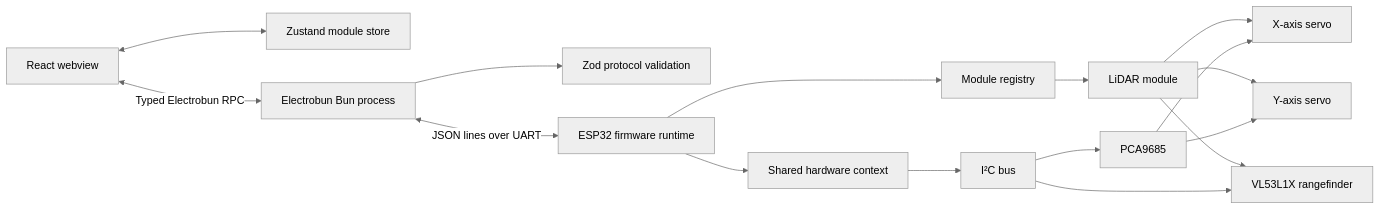
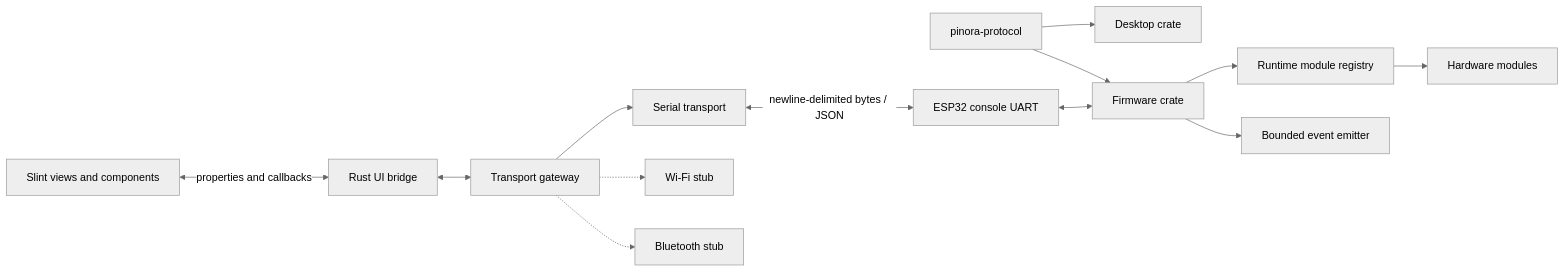
One commit to Adeun-Ilemobola/Pinora_Templat changed the diagram in README.md. Above: the diagram before and after it, drawn with Mermaid (neutral theme). The commit also changed other lines of this file and 142 other files, not shown here.

First line of the commit message:
feat(desktop): replace Electrobun UI with native Slint client

````diff
--- a/README.md
+++ b/README.md
@@ -58,19 +58,16 @@
 ```mermaid
 flowchart LR
-    UI["React webview"] <--> STATE["Zustand module store"]
-    UI <-->|"Typed Electrobun RPC"| BUN["Electrobun Bun process"]
-    BUN --> VALIDATE["Zod protocol validation"]
-    BUN <-->|"JSON lines over UART"| ESP["ESP32 firmware runtime"]
+    SLINT["Slint views and components"] <-->|"properties and callbacks"| BRIDGE["Rust UI bridge"]
+    BRIDGE <--> GATE["Transport gateway"]
+    GATE --> SERIAL["Serial transport"]
+    GATE -.-> WIFI["Wi-Fi stub"]
+    GATE -.-> BT["Bluetooth stub"]
+    SERIAL <-->|"newline-delimited bytes / JSON"| UART["ESP32 console UART"]
 
-    ESP --> REGISTRY["Module registry"]
-    ESP --> HARDWARE["Shared hardware context"]
-    REGISTRY --> LIDAR["LiDAR module"]
-    LIDAR --> SERVOX["X-axis servo"]
-    LIDAR --> SERVOY["Y-axis servo"]
-    LIDAR --> RANGE["VL53L1X rangefinder"]
-    HARDWARE --> I2C["I²C bus"]
-    I2C --> PWM["PCA9685"]
-    I2C --> RANGE
-    PWM --> SERVOX
-    PWM --> SERVOY
+    PROTOCOL["pinora-protocol"] --> UI["Desktop crate"]
+    PROTOCOL --> FW["Firmware crate"]
+    UART <--> FW
+    FW --> REGISTRY["Runtime module registry"]
+    FW --> EMITTER["Bounded event emitter"]
+    REGISTRY --> MODULES["Hardware modules"]
 ```
````
